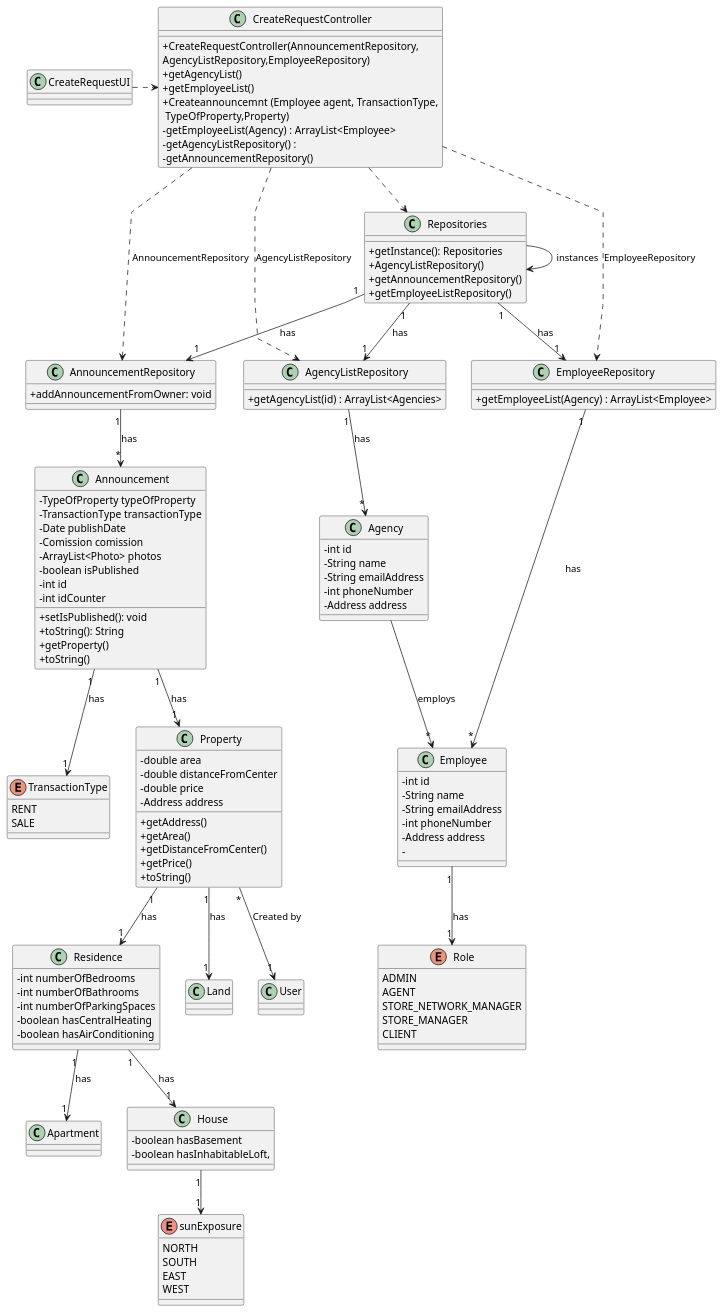
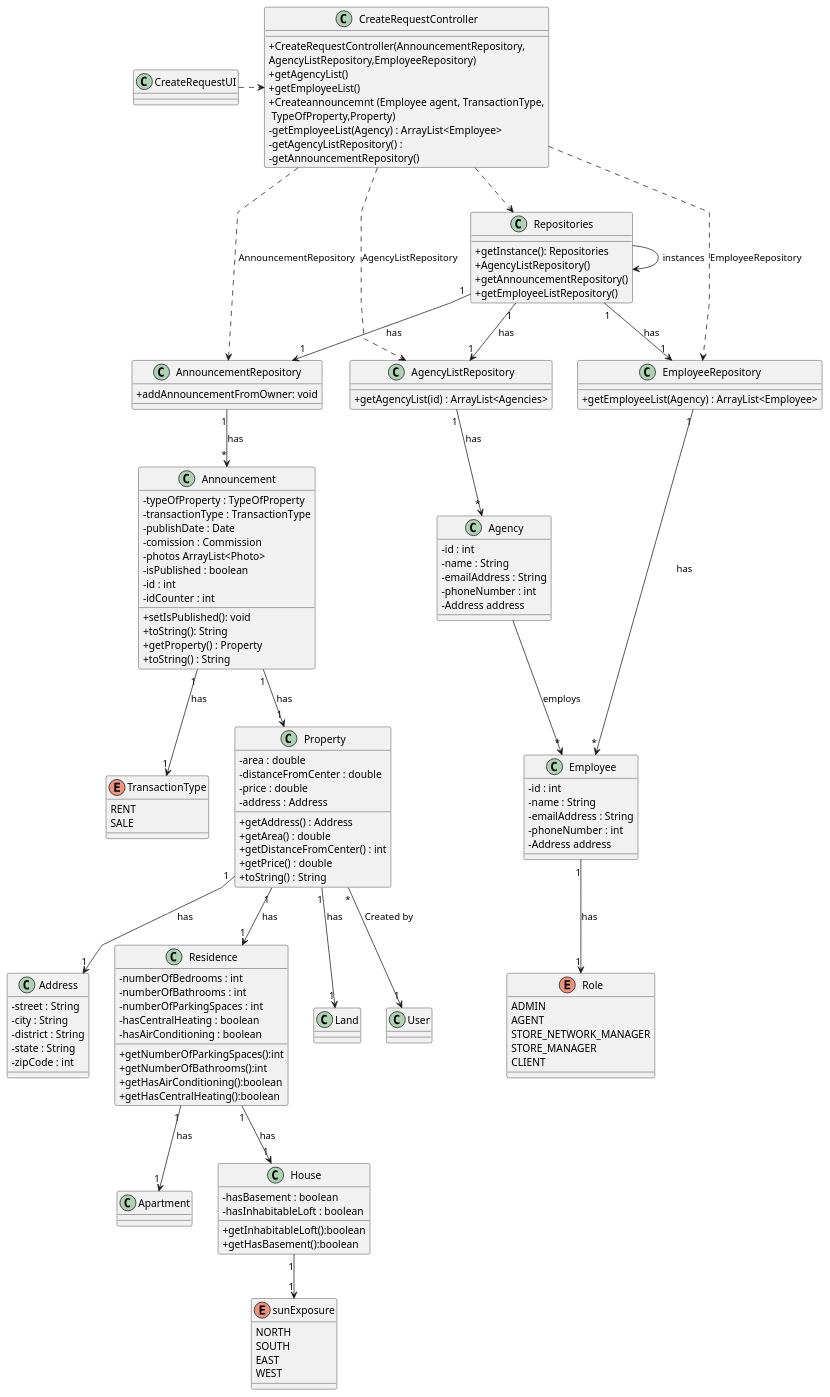
The diagram in docs/sprintB/us004/03.design/puml/us004-class-diagram.puml (Goncalves2525/real-estate-management-system), drawn with PlantUML before and after one commit.

Commit message:
SB - update CD

```diff
--- a/docs/sprintB/us004/03.design/puml/us004-class-diagram.puml
+++ b/docs/sprintB/us004/03.design/puml/us004-class-diagram.puml
@@ -2,178 +2,195 @@
 @startuml
 
 'skinparam monochrome true
 
 skinparam packageStyle rectangle
 
 skinparam shadowing false
 
 skinparam linetype polyline
 
 'skinparam linetype orto
 
 
 
 
 skinparam classAttributeIconSize 0
 
 
 class Announcement {
 +setIsPublished(): void
 +toString(): String
 }
 
 enum TransactionType {
     RENT
     SALE
 }
 
 class AnnouncementRepository {
 +addAnnouncementFromOwner: void
 
 }
 
 class AgencyListRepository{
 +getAgencyList(id) : ArrayList<Agencies>
 
 }
 
 class EmployeeRepository{
 +getEmployeeList(Agency) : ArrayList<Employee>
 }
 
 
 
 
 class Repositories {
 +getInstance(): Repositories
 +AgencyListRepository()
 +getAnnouncementRepository()
 +getEmployeeListRepository()
 }
 
 
 
 
 class CreateRequestController {
 +CreateRequestController(AnnouncementRepository,\nAgencyListRepository,EmployeeRepository)
 +getAgencyList()
 +getEmployeeList()
 +Createannouncemnt (Employee agent, TransactionType,\n TypeOfProperty,Property)
 -getEmployeeList(Agency) : ArrayList<Employee>
 -getAgencyListRepository() :
 -getAnnouncementRepository()
 }
 
 
 
 
 class CreateRequestUI {
 }
 
 class Property{
-    - double area
-    - double distanceFromCenter
-    - double price
-    - Address address
-    + getAddress()
-    + getArea()
-    + getDistanceFromCenter()
-    + getPrice()
-    + toString()
+      - area : double
+      - distanceFromCenter : double
+      - price : double
+      - address : Address
+      + getAddress() : Address
+      + getArea() : double
+      + getDistanceFromCenter() : int
+      + getPrice() : double
+      + toString() : String
 }
 class Announcement {
-    - TypeOfProperty typeOfProperty
-    - TransactionType transactionType
-    - Date publishDate
-    - Comission comission
-    - ArrayList<Photo> photos
-    - boolean isPublished
-    - int id
-    - int idCounter
-    + getProperty()
-    + toString()
+   - typeOfProperty : TypeOfProperty
+   - transactionType : TransactionType
+   - publishDate : Date
+   - comission : Commission
+   - photos ArrayList<Photo>
+   - isPublished : boolean
+   - id : int
+   - idCounter : int
+   + getProperty() : Property
+   + toString() : String
 }
+
 class Residence {
--int numberOfBedrooms
--int numberOfBathrooms
--int numberOfParkingSpaces
--boolean hasCentralHeating
--boolean hasAirConditioning
+- numberOfBedrooms : int
+- numberOfBathrooms : int
+- numberOfParkingSpaces : int
+- hasCentralHeating : boolean
+- hasAirConditioning : boolean
++getNumberOfParkingSpaces():int
++getNumberOfBathrooms():int
++getHasAirConditioning():boolean
++getHasCentralHeating():boolean
+
 }
 
 enum sunExposure{
 NORTH
 SOUTH
 EAST
 WEST
 }
 class Land {
 }
 class Apartment {
 }
 class House {
--boolean hasBasement
--boolean hasInhabitableLoft,
+- hasBasement : boolean
+- hasInhabitableLoft : boolean
++getInhabitableLoft():boolean
++getHasBasement():boolean
 }
 
 class Agency{
-- int id
-- String name
-- String emailAddress
-- int phoneNumber
+- id : int
+- name : String
+- emailAddress : String
+- phoneNumber : int
 - Address address
 }
 
 class Employee{
-- int id
-- String name
-- String emailAddress
-- int phoneNumber
+- id : int
+- name : String
+- emailAddress : String
+- phoneNumber : int
 - Address address
--
 }
 
 enum Role{
 ADMIN
 AGENT
 STORE_NETWORK_MANAGER
 STORE_MANAGER
 CLIENT
 }
 
 class User{
 }
+
+class Address{
+-street : String
+-city : String
+-district : String
+-state : String
+-zipCode : int
+}
+
 
 
 CreateRequestUI .> CreateRequestController
 
 CreateRequestController ..> Repositories
 Repositories --> Repositories : instances
 Repositories "1" --> "1" AgencyListRepository : has
 Repositories "1" --> "1" AnnouncementRepository : has
 Repositories "1" --> "1" EmployeeRepository : has
 
 CreateRequestController ..> AnnouncementRepository : AnnouncementRepository
 CreateRequestController ..> AgencyListRepository : AgencyListRepository
 CreateRequestController ..> EmployeeRepository : EmployeeRepository
 
 AnnouncementRepository "1" --> "*" Announcement : has
 
 Announcement "1" --> "1" Property : has
 Announcement "1" --> "1" TransactionType : has
 
 Property "1" --> "1" Residence : has
 Property "1" --> "1" Land : has
+Property "1" --> "1" Address : has
 Residence  "1" --> "1" Apartment : has
 Residence  "1" --> "1" House : has
 House "1" --> "1" sunExposure
 
 AgencyListRepository "1" --> "*" Agency : has
 
 EmployeeRepository "1" --> "*" Employee : has
 Employee "1" --> "1" Role : has
 
 Agency --> "*" Employee : employs
 
 Property "*" --> "1" User : Created by
 @enduml
```
